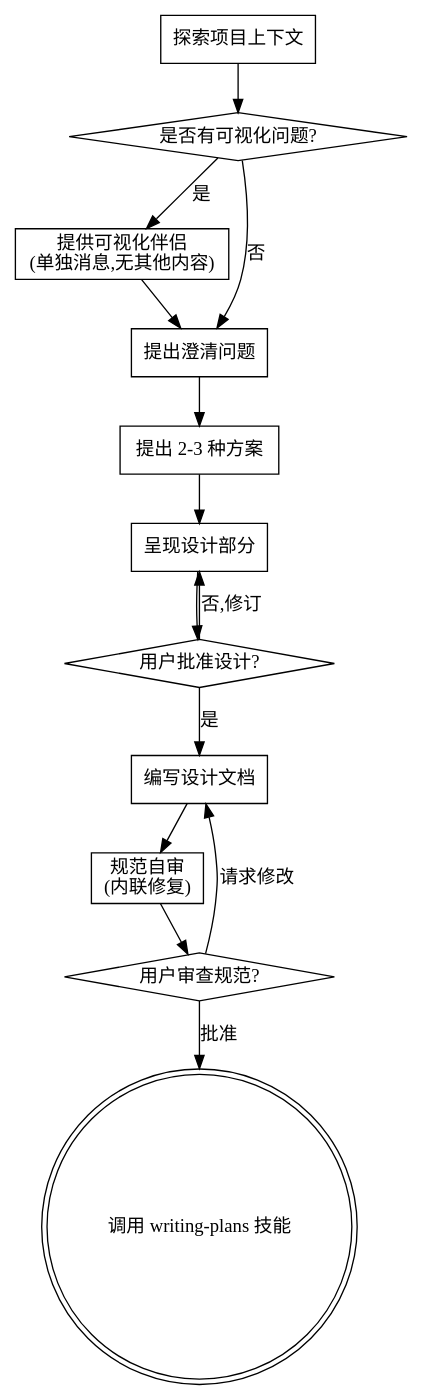
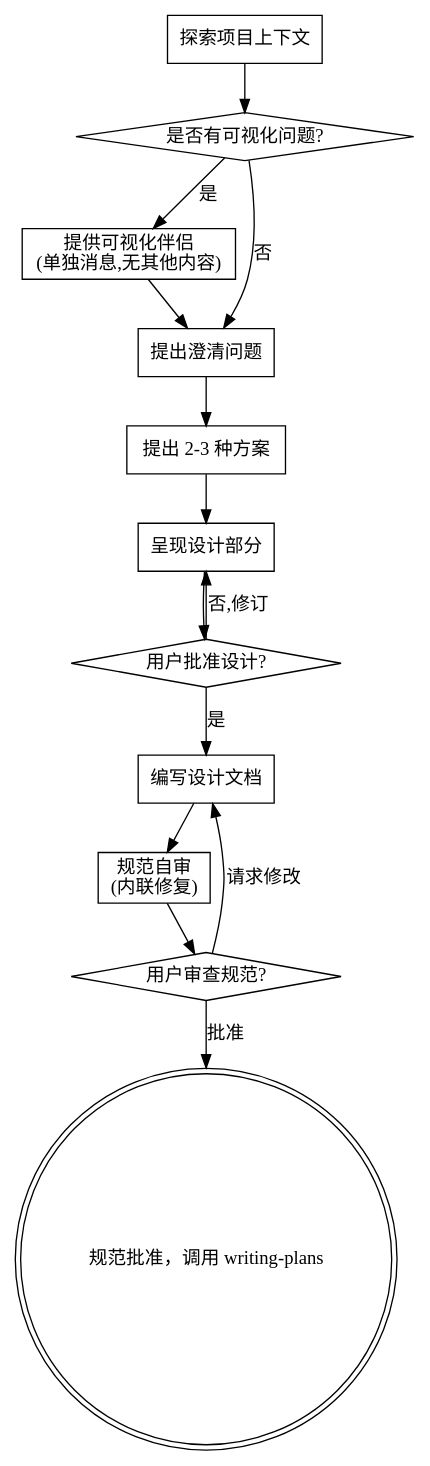
The diagram in skills/superpowers-brainstorming/SKILL.md (afk101/superpowers), drawn with Graphviz before and after one commit. The commit also changed 2 other files, not shown here.

Commit message:
refactor(workflow): 统一修复流程并增加用户确认环节
- brainstorming: 明确规范批准后再调用 writing-plans 的流转标签
- systematic-debugging: 根本原因确认后不再直接实现修复，改为统一走 brainstorming → writing-plans → subagent-driven-development 流程
- writing-plans: 计划保存后增加用户确认环节，确认后再调用 subagent-driven-development 执行

````diff
--- a/skills/superpowers-brainstorming/SKILL.md
+++ b/skills/superpowers-brainstorming/SKILL.md
@@ -51,29 +51,29 @@
 ```dot
 digraph brainstorming {
     "探索项目上下文" [shape=box];
     "是否有可视化问题?" [shape=diamond];
     "提供可视化伴侣\n(单独消息,无其他内容)" [shape=box];
     "提出澄清问题" [shape=box];
     "提出 2-3 种方案" [shape=box];
     "呈现设计部分" [shape=box];
     "用户批准设计?" [shape=diamond];
     "编写设计文档" [shape=box];
     "规范自审\n(内联修复)" [shape=box];
     "用户审查规范?" [shape=diamond];
-    "调用 writing-plans 技能" [shape=doublecircle];
+    "规范批准，调用 writing-plans" [shape=doublecircle];
 
     "探索项目上下文" -> "是否有可视化问题?";
     "是否有可视化问题?" -> "提供可视化伴侣\n(单独消息,无其他内容)" [label="是"];
     "是否有可视化问题?" -> "提出澄清问题" [label="否"];
     "提供可视化伴侣\n(单独消息,无其他内容)" -> "提出澄清问题";
     "提出澄清问题" -> "提出 2-3 种方案";
     "提出 2-3 种方案" -> "呈现设计部分";
     "呈现设计部分" -> "用户批准设计?";
     "用户批准设计?" -> "呈现设计部分" [label="否,修订"];
     "用户批准设计?" -> "编写设计文档" [label="是"];
     "编写设计文档" -> "规范自审\n(内联修复)";
     "规范自审\n(内联修复)" -> "用户审查规范?";
     "用户审查规范?" -> "编写设计文档" [label="请求修改"];
-    "用户审查规范?" -> "调用 writing-plans 技能" [label="批准"];
+    "用户审查规范?" -> "规范批准，调用 writing-plans" [label="批准"];
 }
 ```
````
